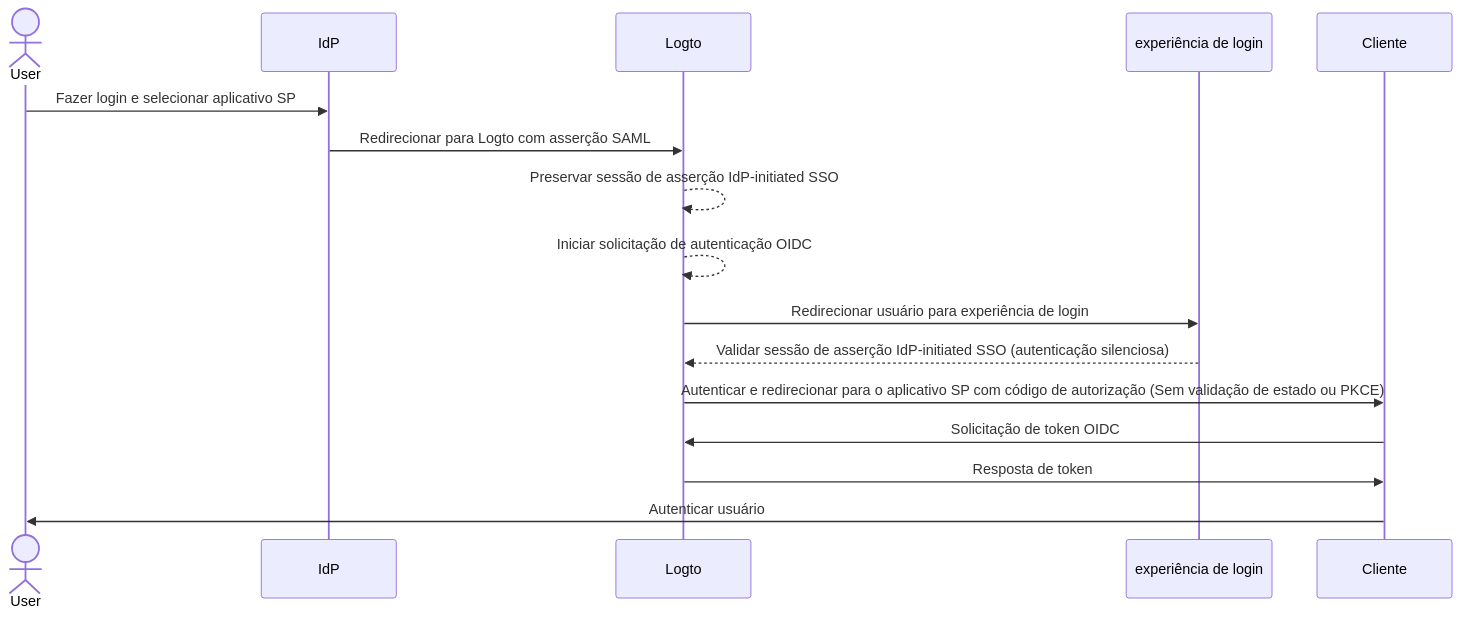
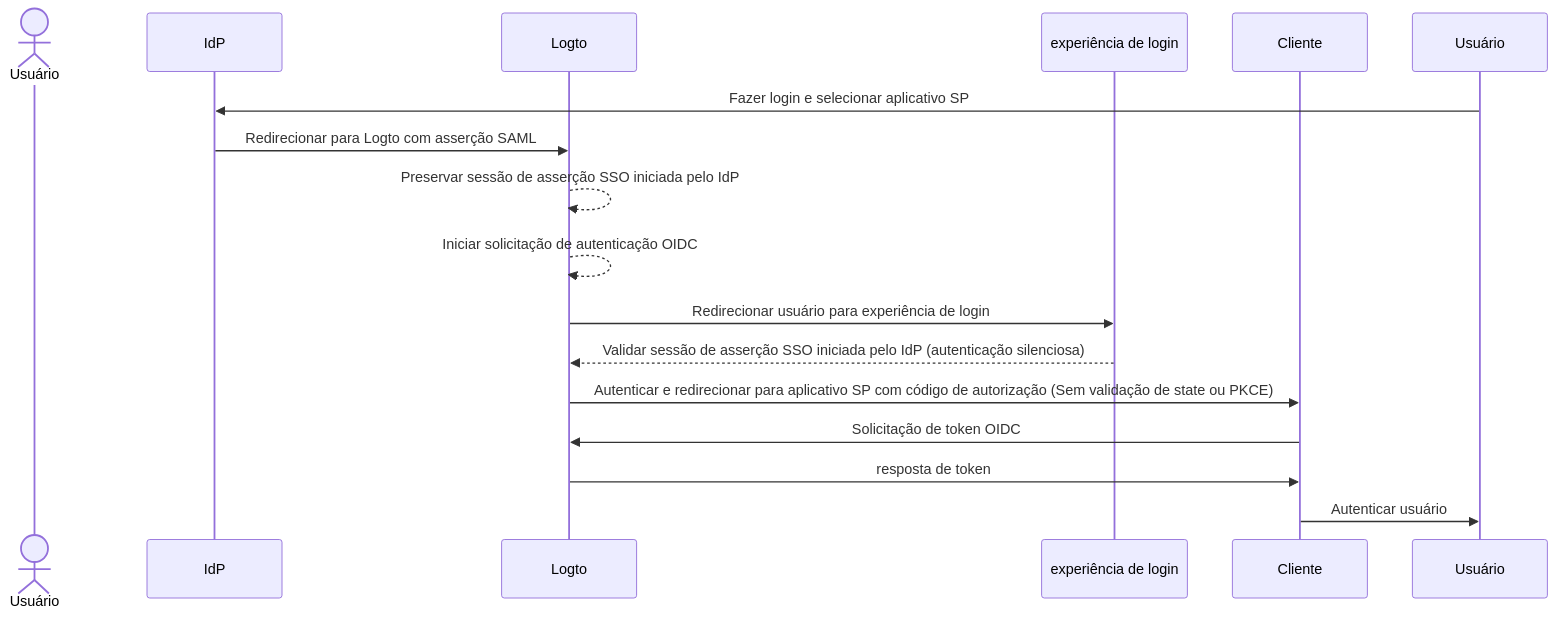
The second of 2 diagrams in i18n/pt-BR/docusaurus-plugin-content-docs/current/end-user-flows/enterprise-sso/idp-initiated-sso.mdx (logto-io/docs), drawn with Mermaid before and after one commit. The commit also changed other lines of this file and 666 other files, not shown here.

````diff
--- a/i18n/pt-BR/docusaurus-plugin-content-docs/current/end-user-flows/enterprise-sso/idp-initiated-sso.mdx
+++ b/i18n/pt-BR/docusaurus-plugin-content-docs/current/end-user-flows/enterprise-sso/idp-initiated-sso.mdx
@@ -137,20 +137,20 @@
 ```mermaid
   sequenceDiagram
 
-  actor User
+  actor User as Usuário
   participant IdP as IdP
   participant Logto as Logto
   participant Experience as experiência de login
   participant SP as Cliente
 
-  User->>IdP: Fazer login e selecionar aplicativo SP
+  Usuário->>IdP: Fazer login e selecionar aplicativo SP
   IdP->>Logto: Redirecionar para Logto com asserção SAML
-  Logto-->>Logto: Preservar sessão de asserção IdP-initiated SSO
+  Logto-->>Logto: Preservar sessão de asserção SSO iniciada pelo IdP
   Logto-->>Logto: Iniciar solicitação de autenticação OIDC
   Logto->>Experience: Redirecionar usuário para experiência de login
-  Experience-->>Logto: Validar sessão de asserção IdP-initiated SSO (autenticação silenciosa)
-  Logto->>SP: Autenticar e redirecionar para o aplicativo SP com código de autorização (Sem validação de estado ou PKCE)
+  Experience-->>Logto: Validar sessão de asserção SSO iniciada pelo IdP (autenticação silenciosa)
+  Logto->>SP: Autenticar e redirecionar para aplicativo SP com código de autorização (Sem validação de state ou PKCE)
   SP->>Logto: Solicitação de token OIDC
-  Logto->>SP: Resposta de token
-  SP->>User: Autenticar usuário
+  Logto->>SP: resposta de token
+  SP->>Usuário: Autenticar usuário
 ```
````
